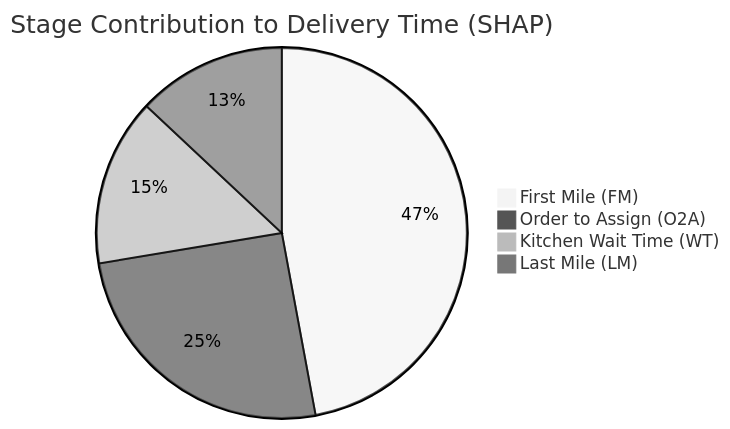
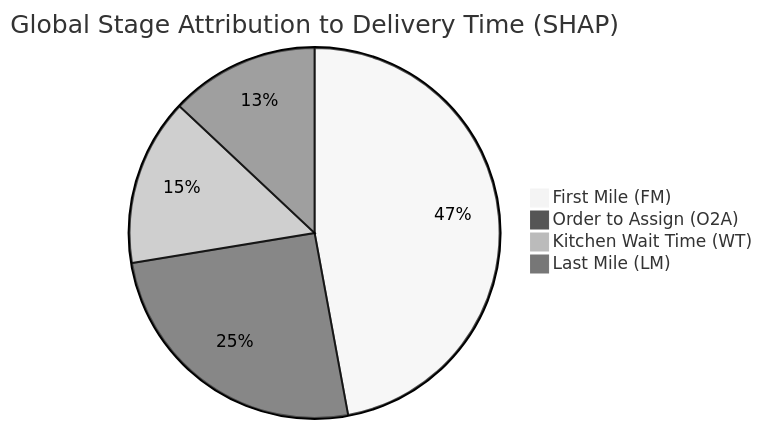
Before and after one commit to Monishwaran45/Adaptive-Food-Delivery-ETA-Prediction-System-using-Machine-Learning: the second of 2 diagrams in README.md, drawn with Mermaid (neutral theme). The commit also changed other lines of this file and 11 other files, not shown here.

````diff
--- a/README.md
+++ b/README.md
@@ -189,7 +197,7 @@
 ```mermaid
-pie title Stage Contribution to Delivery Time (SHAP)
-    "First Mile (FM)" : 47.08
-    "Order to Assign (O2A)" : 25.29
-    "Kitchen Wait Time (WT)" : 14.62
-    "Last Mile (LM)" : 13.01
+pie title Global Stage Attribution to Delivery Time (SHAP)
+    "First Mile (FM)" : 47.1
+    "Order to Assign (O2A)" : 25.3
+    "Kitchen Wait Time (WT)" : 14.6
+    "Last Mile (LM)" : 13.0
 ```
````
